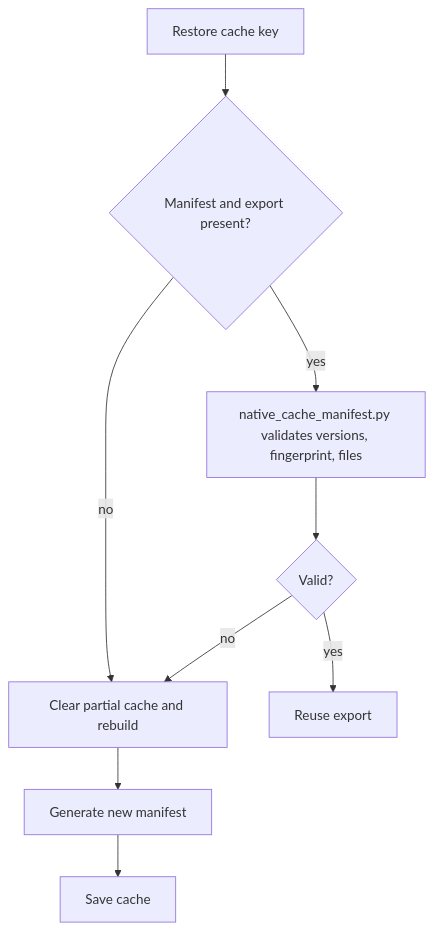
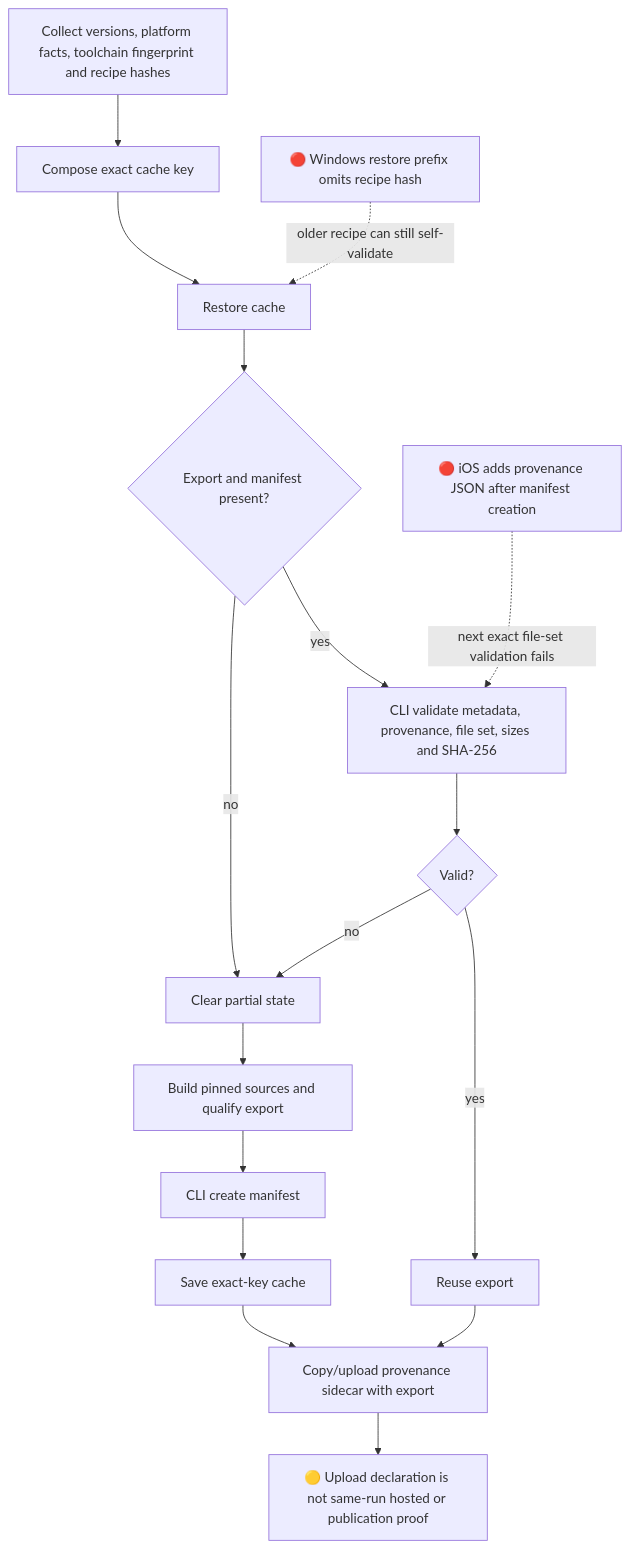
Before and after one commit to DartGit-dev/git2dart_binaries: the diagram in .reversa/_reversa_sdd/flowcharts/native-build-bindings-generation-cache.md, drawn with Mermaid. The commit also changed other lines of this file and 250 other files, not shown here.

Commit message:
Implement behavior-proof validation and harden platform proof gate

````diff
--- a/.reversa/_reversa_sdd/flowcharts/native-build-bindings-generation-cache.md
+++ b/.reversa/_reversa_sdd/flowcharts/native-build-bindings-generation-cache.md
@@ -3,11 +3,19 @@
 ```mermaid
 flowchart TD
-  Restore["Restore cache key"] --> Present{"Manifest and export present?"}
-  Present -- no --> Rebuild["Clear partial cache and rebuild"]
-  Present -- yes --> Validate["native_cache_manifest.py validates versions, fingerprint, files"]
+  Facts["Collect versions, platform facts, toolchain fingerprint and recipe hashes"] --> Key["Compose exact cache key"]
+  Key --> Restore["Restore cache"]
+  Restore --> Present{"Export and manifest present?"}
+  Present -- no --> Clear["Clear partial state"]
+  Present -- yes --> Validate["CLI validate metadata, provenance, file set, sizes and SHA-256"]
   Validate --> Good{"Valid?"}
-  Good -- no --> Rebuild
   Good -- yes --> Reuse["Reuse export"]
-  Rebuild --> Manifest["Generate new manifest"]
-  Manifest --> Save["Save cache"]
+  Good -- no --> Clear
+  Clear --> Build["Build pinned sources and qualify export"]
+  Build --> Create["CLI create manifest"]
+  Create --> Save["Save exact-key cache"]
+  Save --> Sidecar["Copy/upload provenance sidecar with export"]
+  Reuse --> Sidecar
+  Windows["🔴 Windows restore prefix omits recipe hash"] -. "older recipe can still self-validate" .-> Restore
+  IOS["🔴 iOS adds provenance JSON after manifest creation"] -. "next exact file-set validation fails" .-> Validate
+  Sidecar --> Boundary["🟡 Upload declaration is not same-run hosted or publication proof"]
 ```
````
